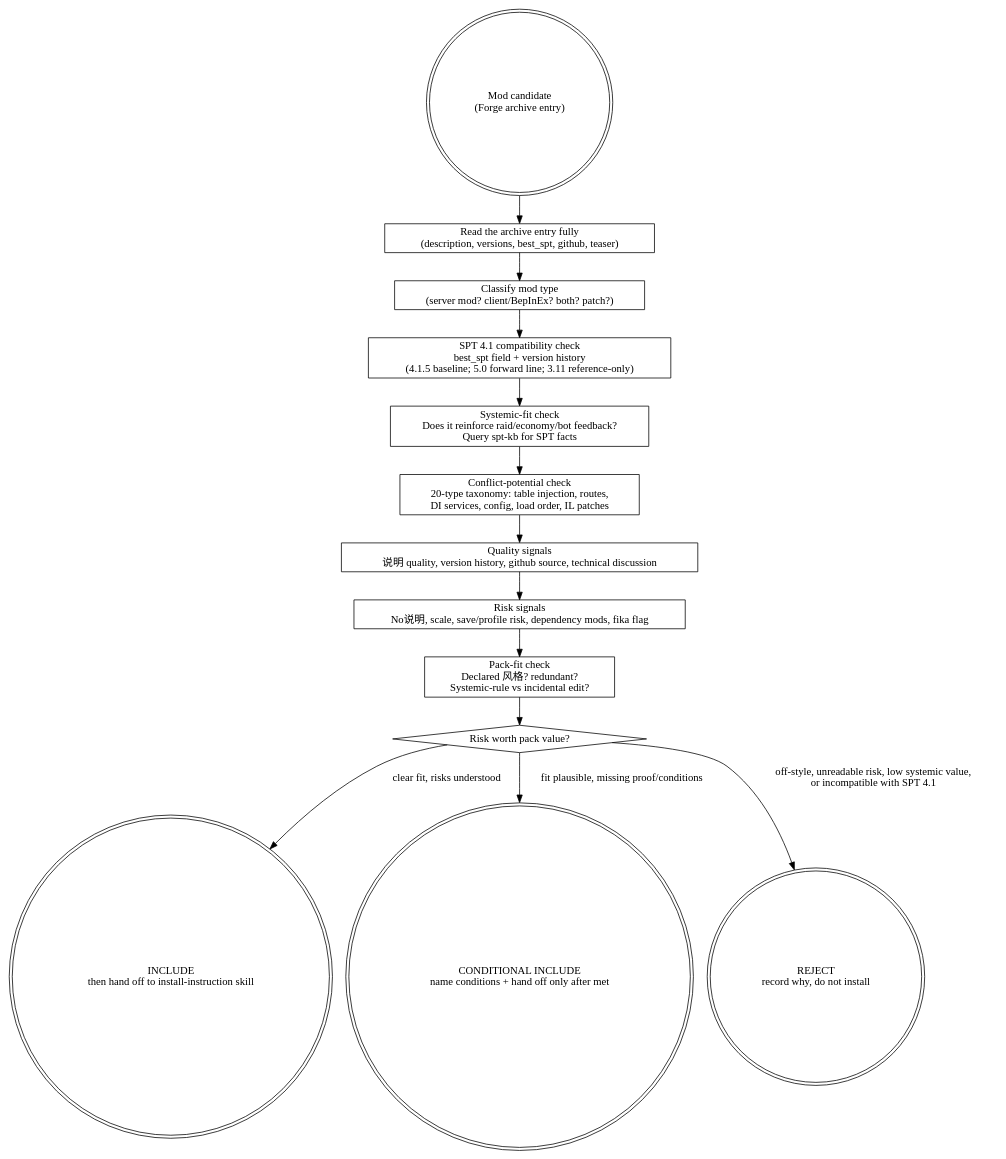
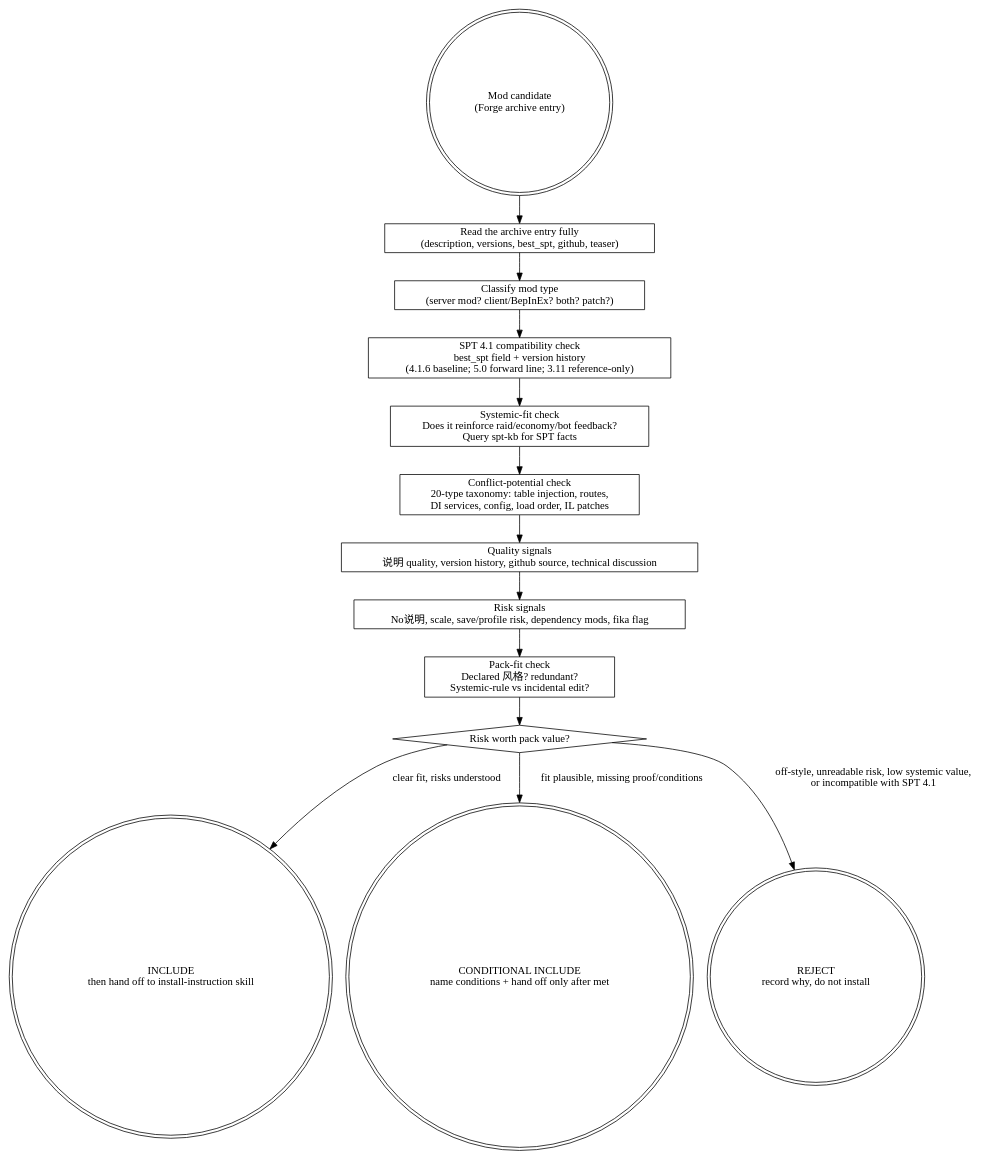
One commit to Samuel-Windersvista/SamMeow-modding-superpowers changed the diagram in skills/evaluating-spt-mods/SKILL.md. Above: the diagram before and after it, drawn with Graphviz. The commit also changed other lines of this file and 287 other files, not shown here.

````diff
--- a/skills/evaluating-spt-mods/SKILL.md
+++ b/skills/evaluating-spt-mods/SKILL.md
@@ -82,25 +82,25 @@
 ```dot
 digraph evaluating_spt_mods {
   rankdir=TB;
   node [shape=box];
 
   start [shape=doublecircle, label="Mod candidate\n(Forge archive entry)"];
   read_entry [label="Read the archive entry fully\n(description, versions, best_spt, github, teaser)"];
   classify [label="Classify mod type\n(server mod? client/BepInEx? both? patch?)"];
-  compat [label="SPT 4.1 compatibility check\nbest_spt field + version history\n(4.1.5 baseline; 5.0 forward line; 3.11 reference-only)"];
+  compat [label="SPT 4.1 compatibility check\nbest_spt field + version history\n(4.1.6 baseline; 5.0 forward line; 3.11 reference-only)"];
   systemic [label="Systemic-fit check\nDoes it reinforce raid/economy/bot feedback?\nQuery spt-kb for SPT facts"];
   conflict [label="Conflict-potential check\n20-type taxonomy: table injection, routes,\nDI services, config, load order, IL patches"];
   quality [label="Quality signals\n说明 quality, version history, github source, technical discussion"];
   risk [label="Risk signals\nNo说明, scale, save/profile risk, dependency mods, fika flag"];
   packfit [label="Pack-fit check\nDeclared 风格? redundant?\nSystemic-rule vs incidental edit?"];
   value [shape=diamond, label="Risk worth pack value?"];
   include [shape=doublecircle, label="INCLUDE\nthen hand off to install-instruction skill"];
   conditional [shape=doublecircle, label="CONDITIONAL INCLUDE\nname conditions + hand off only after met"];
   reject [shape=doublecircle, label="REJECT\nrecord why, do not install"];
 
   start -> read_entry -> classify -> compat -> systemic -> conflict -> quality -> risk -> packfit -> value;
   value -> include [label="clear fit, risks understood"];
   value -> conditional [label="fit plausible, missing proof/conditions"];
   value -> reject [label="off-style, unreadable risk, low systemic value,\nor incompatible with SPT 4.1"];
 }
 ```
````
